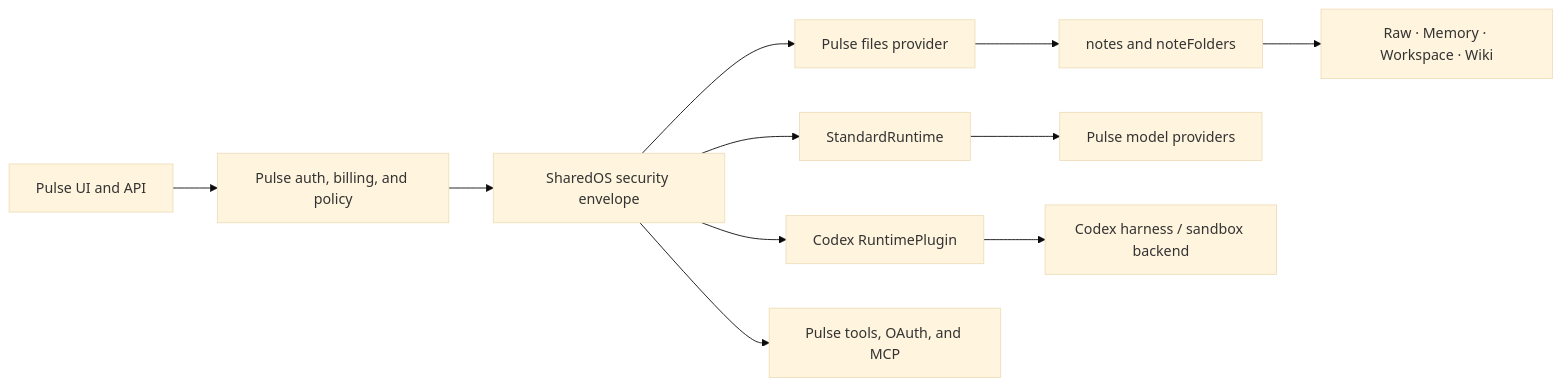
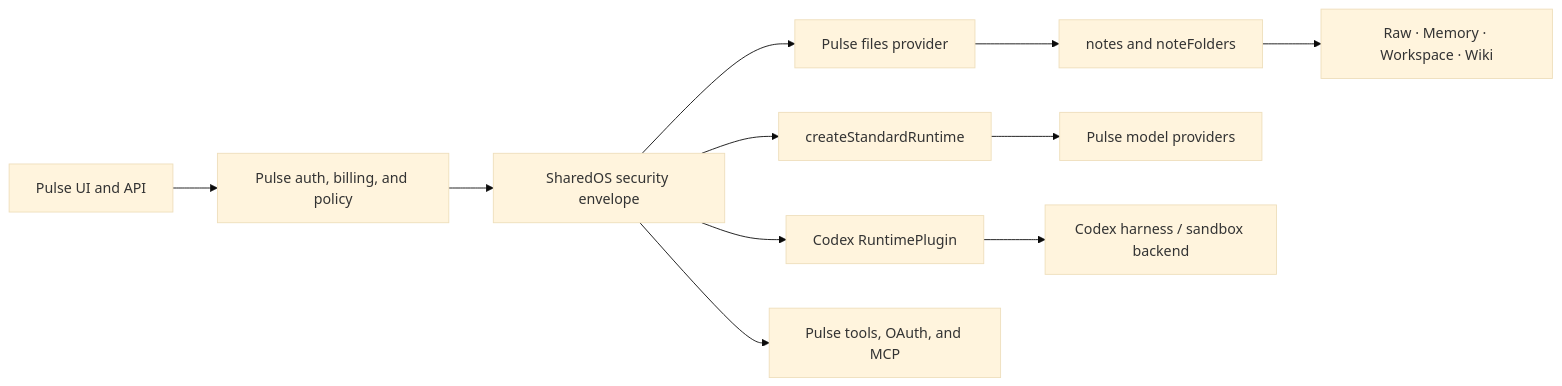
The diagram in docs/integrations/aicoo.md (Aicoo-Team/SharedOS), drawn with Mermaid (base theme) before and after one commit. The commit also changed other lines of this file and 60 other files, not shown here.

````diff
--- a/docs/integrations/aicoo.md
+++ b/docs/integrations/aicoo.md
@@ -9,13 +9,13 @@
 ```mermaid
 flowchart LR
   UI["Pulse UI and API"] --> HOST["Pulse auth, billing, and policy"]
   HOST --> SE["SharedOS security envelope"]
-  SE --> SR["StandardRuntime"]
+  SE --> SR["createStandardRuntime"]
   SE --> CR["Codex RuntimePlugin"]
   SE --> FP["Pulse files provider"]
   FP --> NOTES["notes and noteFolders"]
   NOTES --> ROOTS["Raw · Memory · Workspace · Wiki"]
   SE --> TOOLS["Pulse tools, OAuth, and MCP"]
   SR --> MODEL["Pulse model providers"]
   CR --> CODEX["Codex harness / sandbox backend"]
 ```
````
